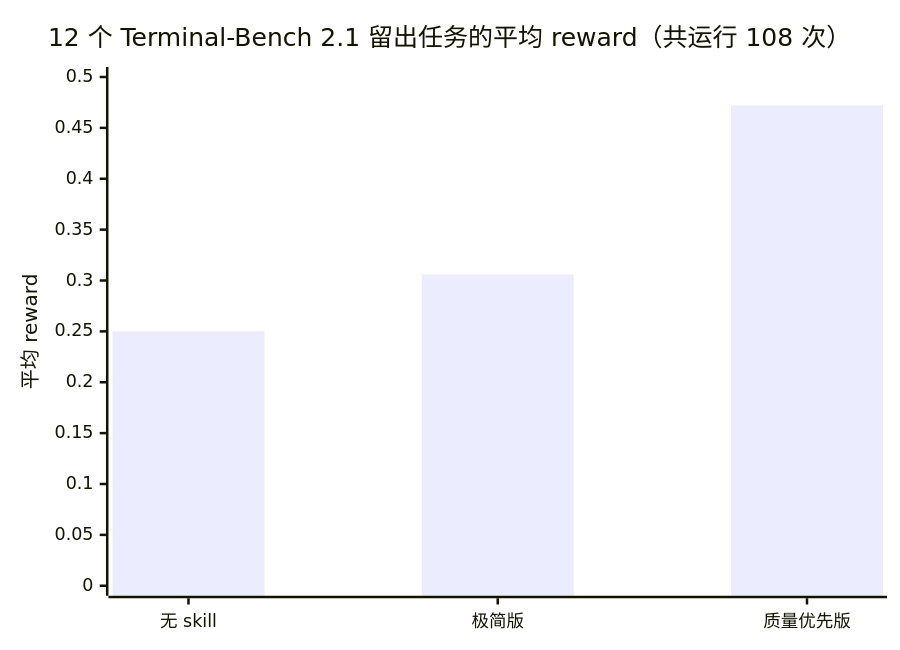
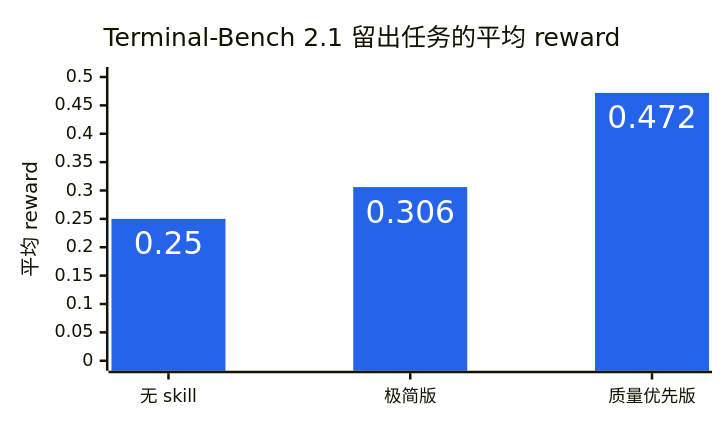
One commit to shijiew/back-to-basics-skills changed the first of 2 diagrams in README.zh.md. Above: the diagram before and after it, drawn with Mermaid. The commit also changed other lines of this file and 1 other file, not shown here.

First line of the commit message:
Enhance README charts: data labels, accent colors, tighter layout

````diff
--- a/README.zh.md
+++ b/README.zh.md
@@ -33,7 +33,18 @@
 ```mermaid
+---
+config:
+    xyChart:
+        width: 560
+        height: 320
+        showDataLabel: true
+    themeVariables:
+        xyChart:
+            plotColorPalette: "#2563eb"
+            dataLabelColor: "#ffffff"
+---
 xychart-beta
-    title "12 个 Terminal-Bench 2.1 留出任务的平均 reward（共运行 108 次）"
+    title "Terminal-Bench 2.1 留出任务的平均 reward"
     x-axis ["无 skill", "极简版", "质量优先版"]
     y-axis "平均 reward" 0 --> 0.5
     bar [0.250, 0.306, 0.472]
 ```
````
